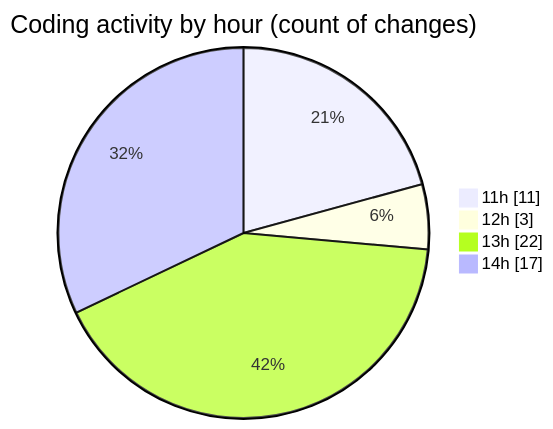
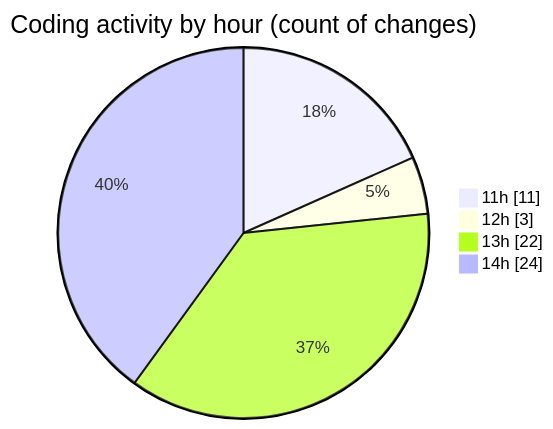
The second of 2 diagrams in 2026-05-20/cda/README.md (momahboobian/code-tracking), drawn with Mermaid before and after one commit. The commit also changed other lines of this file and 1 other file, not shown here.

````diff
--- a/2026-05-20/cda/README.md
+++ b/2026-05-20/cda/README.md
@@ -39,8 +45,8 @@
 ```mermaid
 pie showData
 title Coding activity by hour (count of changes)
 "11h" : 11
 "12h" : 3
 "13h" : 22
-"14h" : 17
+"14h" : 24
 ```
````
